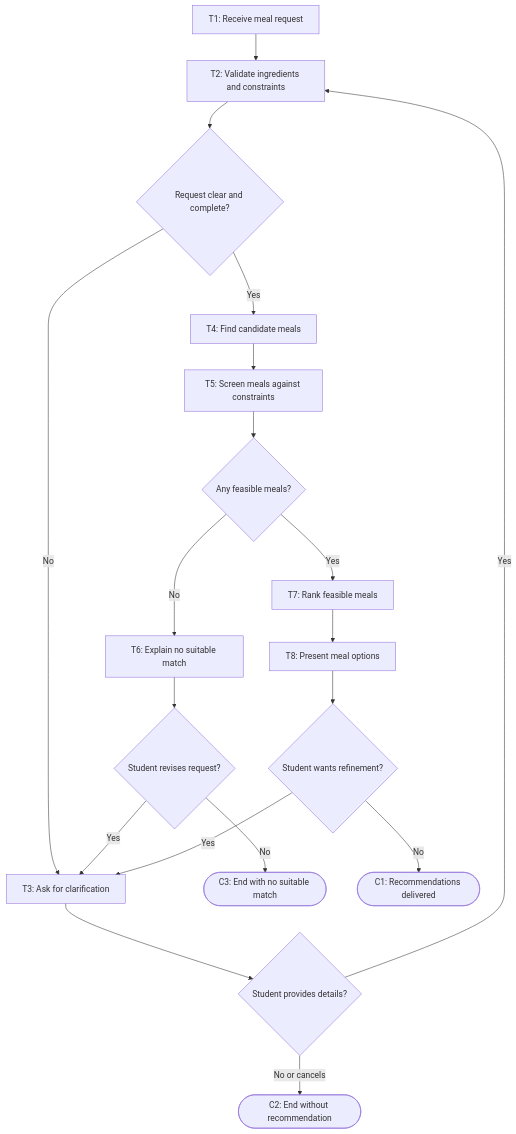
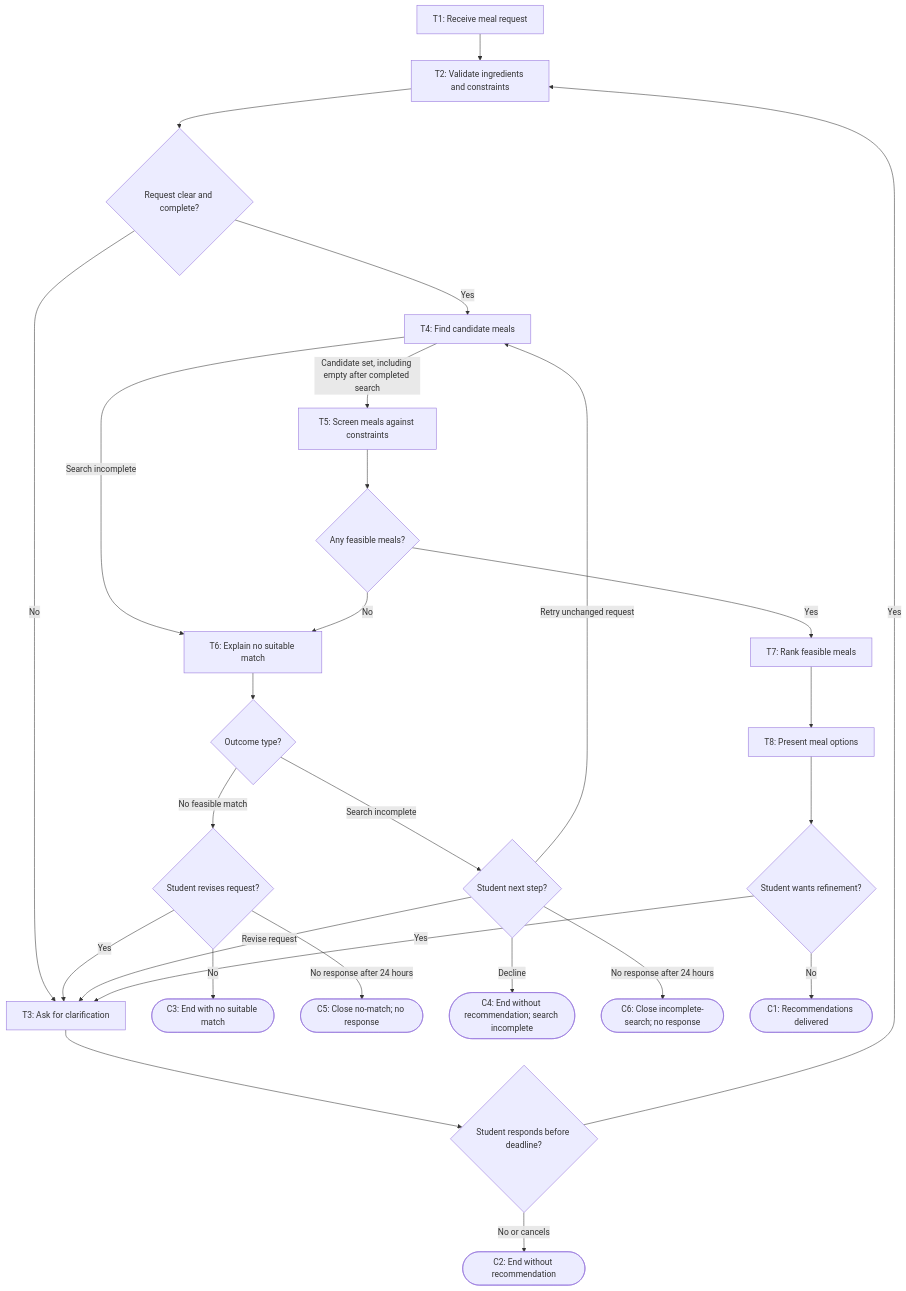
The diagram in my_first_agent/agent/workflow-of-tasks.md (arlowe928-lab/498_Hackathon1Repo), drawn with Mermaid before and after one commit. The commit also changed other lines of this file and 12 other files, not shown here.

````diff
--- a/my_first_agent/agent/workflow-of-tasks.md
+++ b/my_first_agent/agent/workflow-of-tasks.md
@@ -23,21 +22,29 @@
 ```mermaid
 flowchart TD
     T1["T1: Receive meal request"] --> T2["T2: Validate ingredients and constraints"]
     T2 --> D1{"Request clear and complete?"}
     D1 -->|No| T3["T3: Ask for clarification"]
-    T3 --> D2{"Student provides details?"}
+    T3 --> D2{"Student responds before deadline?"}
     D2 -->|Yes| T2
     D2 -->|No or cancels| C2(["C2: End without recommendation"])
     D1 -->|Yes| T4["T4: Find candidate meals"]
-    T4 --> T5["T5: Screen meals against constraints"]
+    T4 -->|Candidate set, including empty after completed search| T5["T5: Screen meals against constraints"]
+    T4 -->|Search incomplete| T6["T6: Explain no suitable match"]
     T5 --> D3{"Any feasible meals?"}
-    D3 -->|No| T6["T6: Explain no suitable match"]
-    T6 --> D4{"Student revises request?"}
-    D4 -->|Yes| T3
-    D4 -->|No| C3(["C3: End with no suitable match"])
+    D3 -->|No| T6
+    T6 --> D4{"Outcome type?"}
+    D4 -->|No feasible match| D5{"Student revises request?"}
+    D5 -->|Yes| T3
+    D5 -->|No| C3(["C3: End with no suitable match"])
+    D5 -->|No response after 24 hours| C5(["C5: Close no-match; no response"])
+    D4 -->|Search incomplete| D6{"Student next step?"}
+    D6 -->|Retry unchanged request| T4
+    D6 -->|Revise request| T3
+    D6 -->|Decline| C4(["C4: End without recommendation; search incomplete"])
+    D6 -->|No response after 24 hours| C6(["C6: Close incomplete-search; no response"])
     D3 -->|Yes| T7["T7: Rank feasible meals"]
     T7 --> T8["T8: Present meal options"]
-    T8 --> D5{"Student wants refinement?"}
-    D5 -->|Yes| T3
-    D5 -->|No| C1(["C1: Recommendations delivered"])
+    T8 --> D7{"Student wants refinement?"}
+    D7 -->|Yes| T3
+    D7 -->|No| C1(["C1: Recommendations delivered"])
 ```
````
